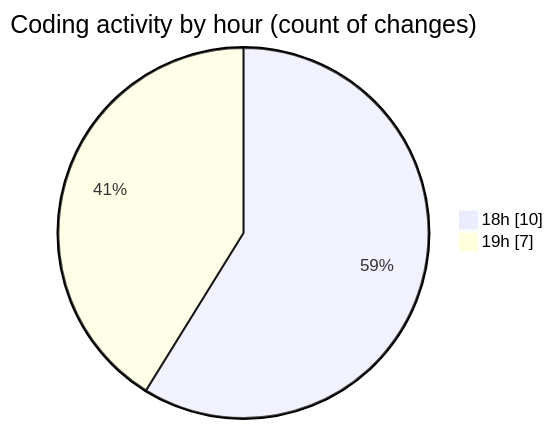
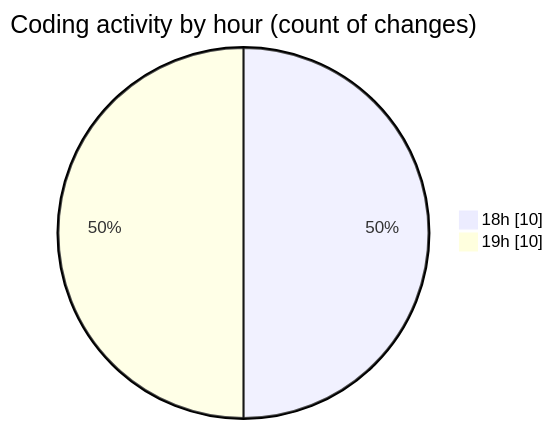
One commit to Netris89/code-tracking changed the second of 2 diagrams in 2025-03-29/back-end/README.md. Above: the diagram before and after it, drawn with Mermaid. The commit also changed other lines of this file and 1 other file, not shown here.

````diff
--- a/2025-03-29/back-end/README.md
+++ b/2025-03-29/back-end/README.md
@@ -28,6 +28,6 @@
 ```mermaid
 pie showData
 title Coding activity by hour (count of changes)
 "18h" : 10
-"19h" : 7
+"19h" : 10
 ```
````
